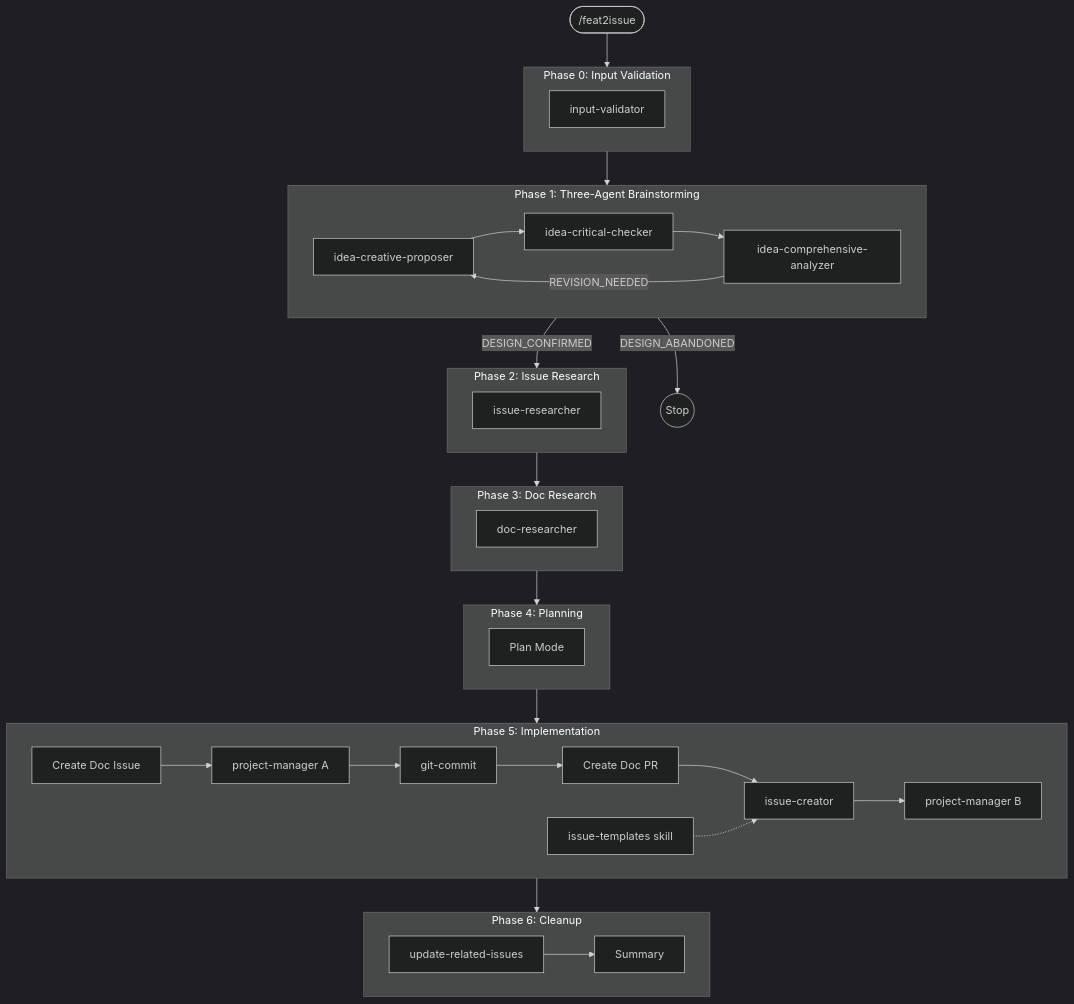
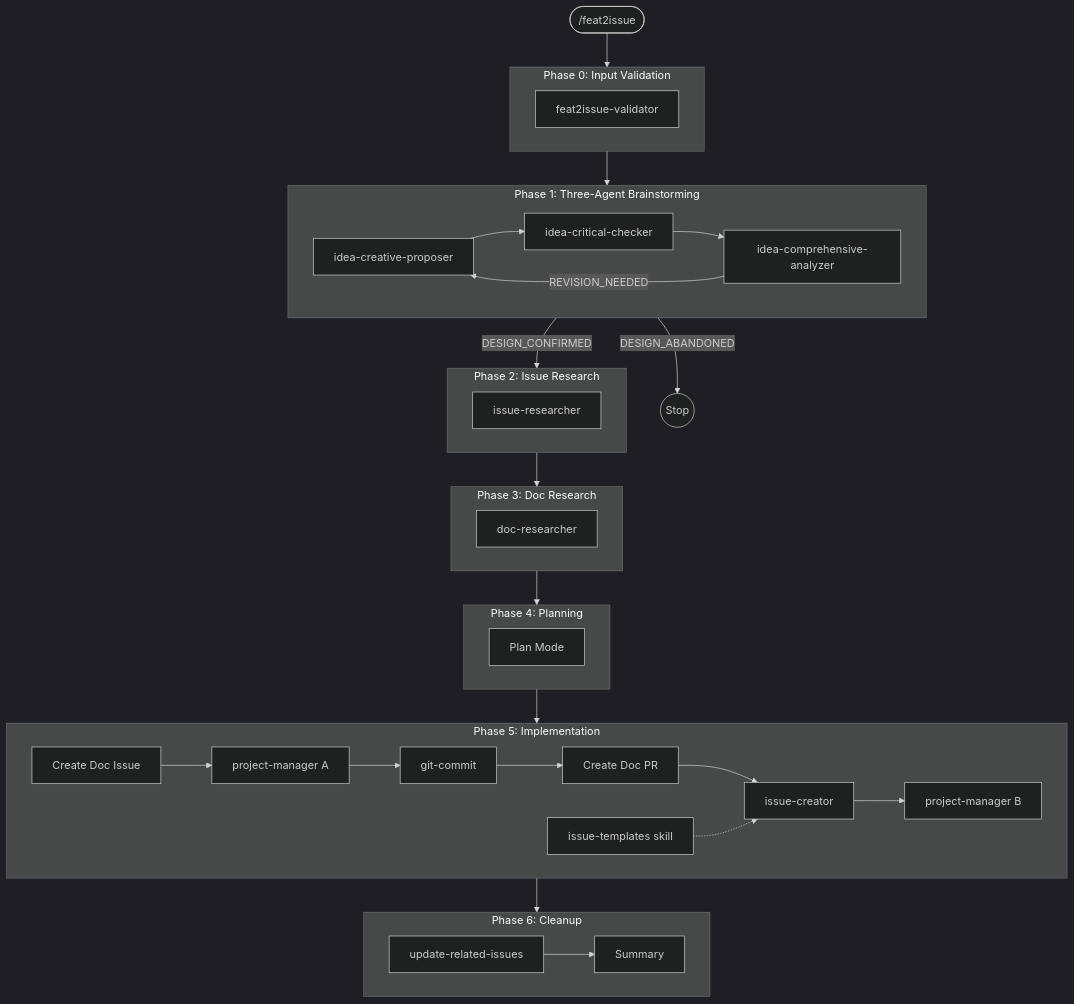
The second of 2 diagrams in claude/README.md (Entropy-xcy/agentize), drawn with Mermaid (dark theme) before and after one commit. The commit also changed other lines of this file and 5 other files, not shown here.

First line of the commit message:
[refactor] Split input-validator into workflow-specific validators

````diff
--- a/claude/README.md
+++ b/claude/README.md
@@ -137,59 +137,59 @@
 ```mermaid
 flowchart TB
     Start([/feat2issue]) --> P0
 
     subgraph P0[Phase 0: Input Validation]
-        IV2[input-validator]
+        IV2[feat2issue-validator]
     end
 
     subgraph P1[Phase 1: Three-Agent Brainstorming]
         CP[idea-creative-proposer]
         CC[idea-critical-checker]
         CA[idea-comprehensive-analyzer]
         CP --> CC
         CC --> CA
         CA -->|REVISION_NEEDED| CP
     end
 
     subgraph P2[Phase 2: Issue Research]
         IR[issue-researcher]
     end
 
     subgraph P3[Phase 3: Doc Research]
         DR[doc-researcher]
     end
 
     subgraph P4[Phase 4: Planning]
         PM2[Plan Mode]
     end
 
     subgraph P5[Phase 5: Implementation]
         DI[Create Doc Issue]
         PJM2A[project-manager A]
         GC2[git-commit]
         DPR[Create Doc PR]
         IC[issue-creator]
         IT[issue-templates skill]
         PJM2B[project-manager B]
         DI --> PJM2A
         PJM2A --> GC2
         GC2 --> DPR
         DPR --> IC
         IT -.-> IC
         IC --> PJM2B
     end
 
     subgraph P6[Phase 6: Cleanup]
         URI2[update-related-issues]
         SUM2[Summary]
         URI2 --> SUM2
     end
 
     P0 --> P1
     P1 -->|DESIGN_CONFIRMED| P2
     P1 -->|DESIGN_ABANDONED| Stop((Stop))
     P2 --> P3
     P3 --> P4
     P4 --> P5
     P5 --> P6
 ```
````
